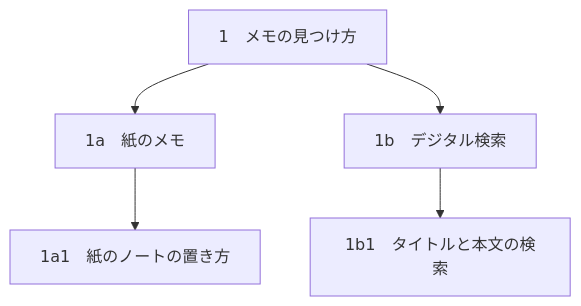
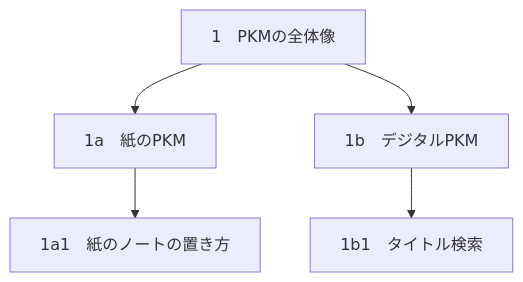
Before and after one commit to Yurii7812/homepage: the second of 4 diagrams in ja/paper-pkm/guide.md, drawn with Mermaid. The commit also changed other lines of this file and 3 other files, not shown here.

Commit message:
Align paper PKM example IDs across diagrams and index entries

````diff
--- a/ja/paper-pkm/guide.md
+++ b/ja/paper-pkm/guide.md
@@ -54,7 +54,7 @@
 ```mermaid
 flowchart TD
-  A["1　メモの見つけ方"] --> B["1a　紙のメモ"]
-  A --> C["1b　デジタル検索"]
+  A["1　PKMの全体像"] --> B["1a　紙のPKM"]
+  A --> C["1b　デジタルPKM"]
   B --> D["1a1　紙のノートの置き方"]
-  C --> E["1b1　タイトルと本文の検索"]
+  C --> E["1b1　タイトル検索"]
 ```
````
